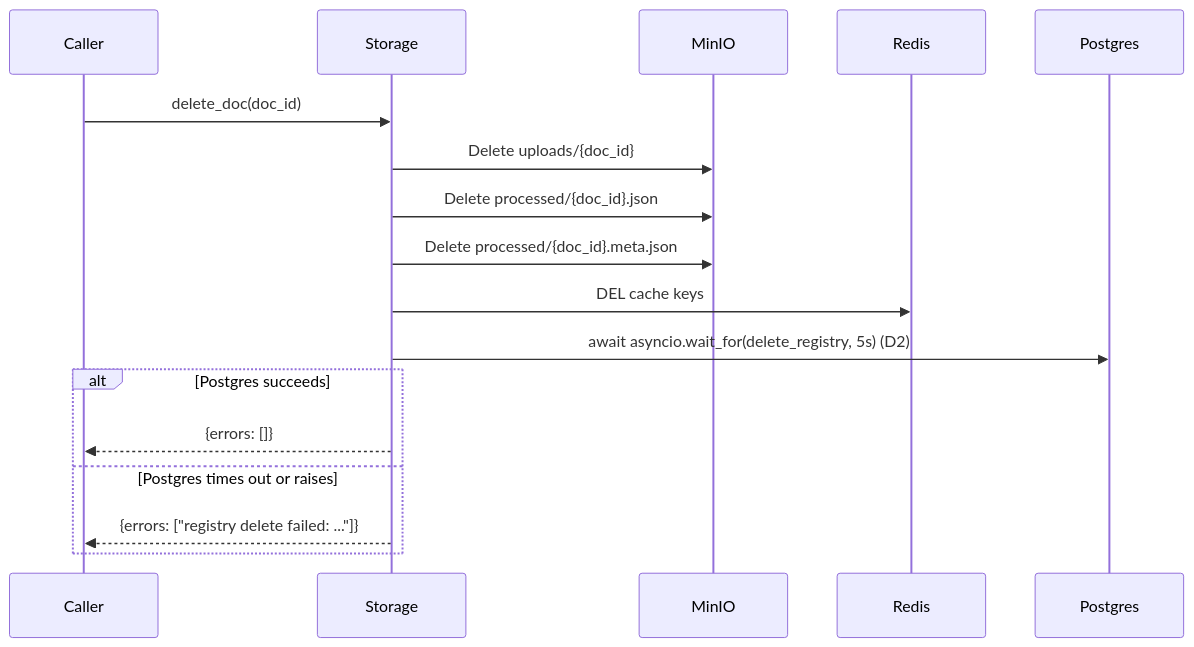
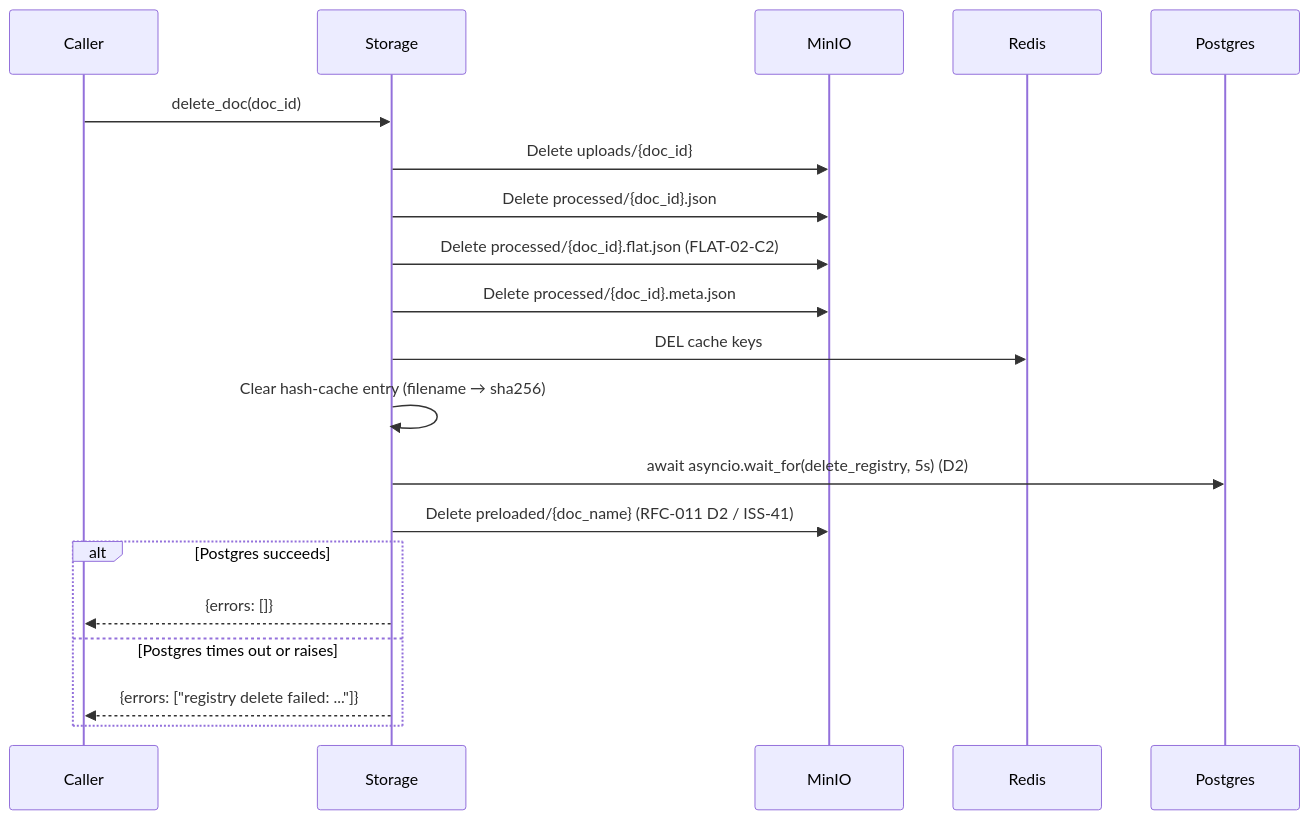
Before and after one commit to trehansalil/pageindex: the fourth of 5 diagrams in .agents/designs/design-rfc007-docstore-integrity.md, drawn with Mermaid. The commit also changed 13 other files, not shown here.

````diff
--- a/.agents/designs/design-rfc007-docstore-integrity.md
+++ b/.agents/designs/design-rfc007-docstore-integrity.md
@@ -192,20 +192,23 @@
 ```mermaid
 sequenceDiagram
   participant C as Caller
   participant S as Storage
   participant M as MinIO
   participant R as Redis
   participant P as Postgres
 
   C->>S: delete_doc(doc_id)
   S->>M: Delete uploads/{doc_id}
   S->>M: Delete processed/{doc_id}.json
+  S->>M: Delete processed/{doc_id}.flat.json  (FLAT-02-C2)
   S->>M: Delete processed/{doc_id}.meta.json
   S->>R: DEL cache keys
+  S->>S: Clear hash-cache entry (filename → sha256)
   S->>P: await asyncio.wait_for(delete_registry, 5s) (D2)
+  S->>M: Delete preloaded/{doc_name}  (RFC-011 D2 / ISS-41)
   alt Postgres succeeds
     S-->>C: {errors: []}
   else Postgres times out or raises
     S-->>C: {errors: ["registry delete failed: ..."]}
   end
 ```
````
